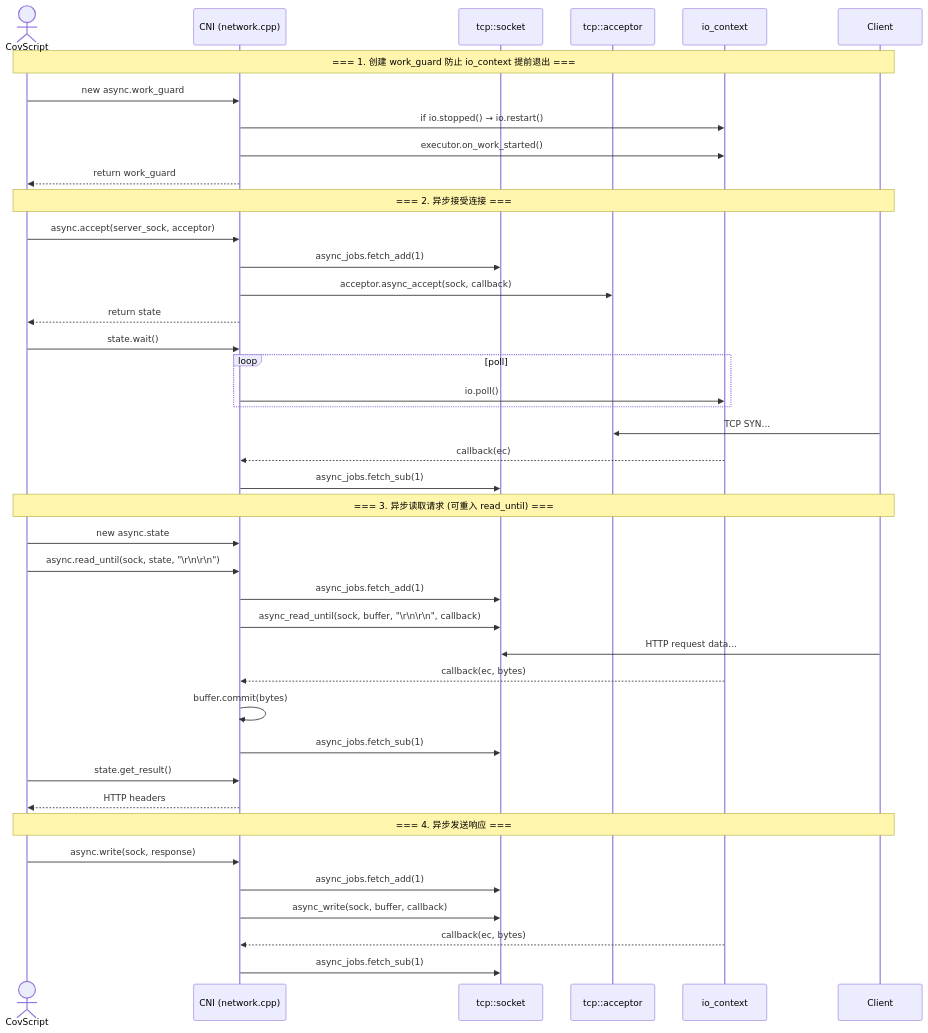
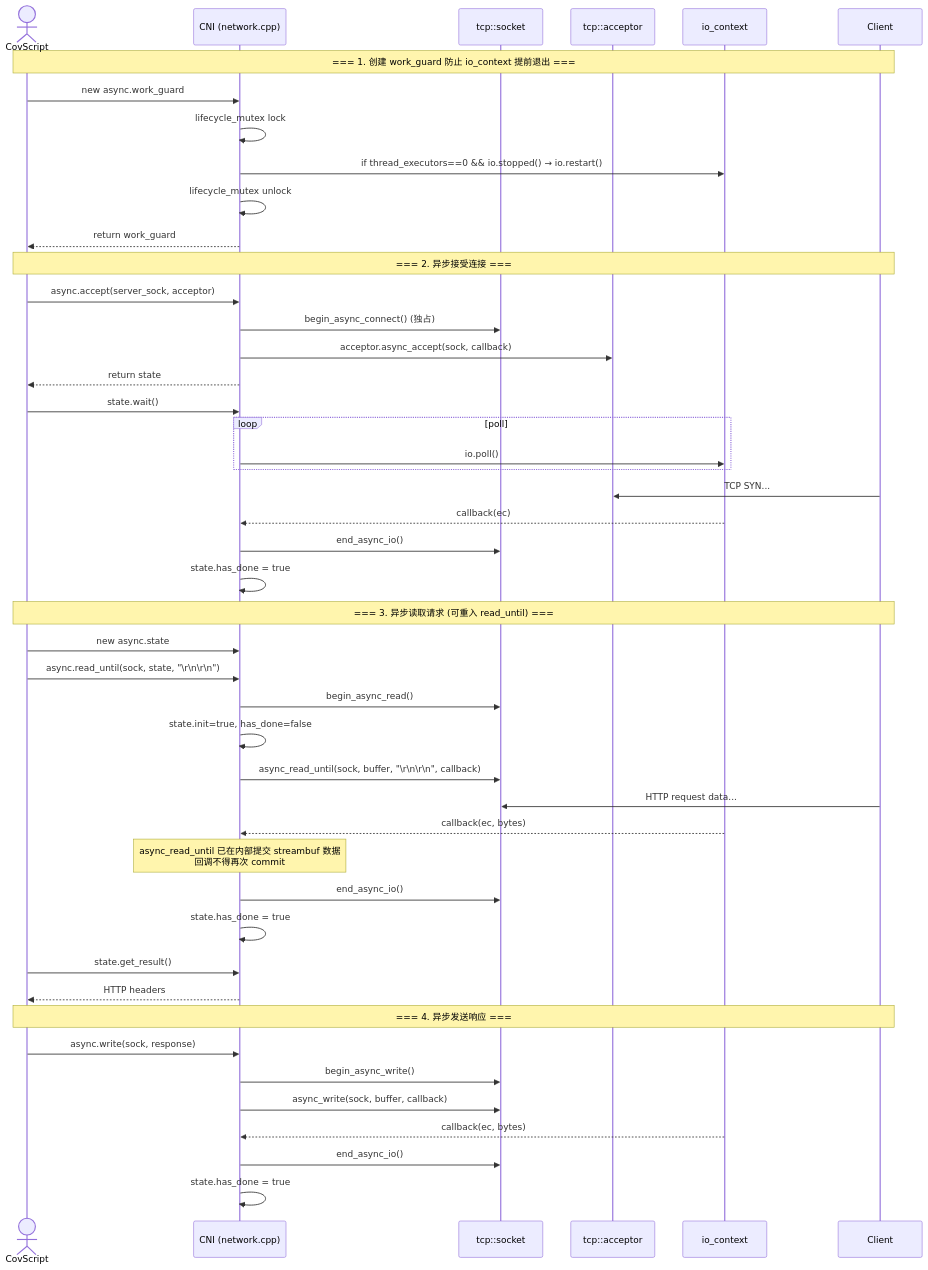
Before and after one commit to covscript/covscript-network: the third of 9 diagrams in docs/async-architecture.md, drawn with Mermaid. The commit also changed other lines of this file and 23 other files, not shown here.

````diff
--- a/docs/async-architecture.md
+++ b/docs/async-architecture.md
@@ -145,47 +155,52 @@
 ```mermaid
 sequenceDiagram
     actor Script as CovScript
     participant CNI as CNI (network.cpp)
     participant Socket as tcp::socket
     participant Acpt as tcp::acceptor
     participant Asio as io_context
     participant Client as Client
 
     Note over Script,Client: === 1. 创建 work_guard 防止 io_context 提前退出 ===
     Script->>CNI: new async.work_guard
-    CNI->>Asio: if io.stopped() → io.restart()
-    CNI->>Asio: executor.on_work_started()
+    CNI->>CNI: lifecycle_mutex lock
+    CNI->>Asio: if thread_executors==0 && io.stopped() → io.restart()
+    CNI->>CNI: lifecycle_mutex unlock
     CNI-->>Script: return work_guard
 
     Note over Script,Client: === 2. 异步接受连接 ===
     Script->>CNI: async.accept(server_sock, acceptor)
-    CNI->>Socket: async_jobs.fetch_add(1)
+    CNI->>Socket: begin_async_connect() (独占)
     CNI->>Acpt: acceptor.async_accept(sock, callback)
     CNI-->>Script: return state
     Script->>CNI: state.wait()
     loop poll
         CNI->>Asio: io.poll()
     end
     Client->>Acpt: TCP SYN...
     Asio-->>CNI: callback(ec)
-    CNI->>Socket: async_jobs.fetch_sub(1)
+    CNI->>Socket: end_async_io()
+    CNI->>CNI: state.has_done = true
 
     Note over Script,Client: === 3. 异步读取请求 (可重入 read_until) ===
     Script->>CNI: new async.state
     Script->>CNI: async.read_until(sock, state, "\r\n\r\n")
-    CNI->>Socket: async_jobs.fetch_add(1)
+    CNI->>Socket: begin_async_read()
+    CNI->>CNI: state.init=true, has_done=false
     CNI->>Socket: async_read_until(sock, buffer, "\r\n\r\n", callback)
     Client->>Socket: HTTP request data...
     Asio-->>CNI: callback(ec, bytes)
-    CNI->>CNI: buffer.commit(bytes)
-    CNI->>Socket: async_jobs.fetch_sub(1)
+    Note over CNI: async_read_until 已在内部提交 streambuf 数据<br/>回调不得再次 commit
+    CNI->>Socket: end_async_io()
+    CNI->>CNI: state.has_done = true
     Script->>CNI: state.get_result()
     CNI-->>Script: HTTP headers
 
     Note over Script,Client: === 4. 异步发送响应 ===
     Script->>CNI: async.write(sock, response)
-    CNI->>Socket: async_jobs.fetch_add(1)
+    CNI->>Socket: begin_async_write()
     CNI->>Socket: async_write(sock, buffer, callback)
     Asio-->>CNI: callback(ec, bytes)
-    CNI->>Socket: async_jobs.fetch_sub(1)
+    CNI->>Socket: end_async_io()
+    CNI->>CNI: state.has_done = true
 ```
````
